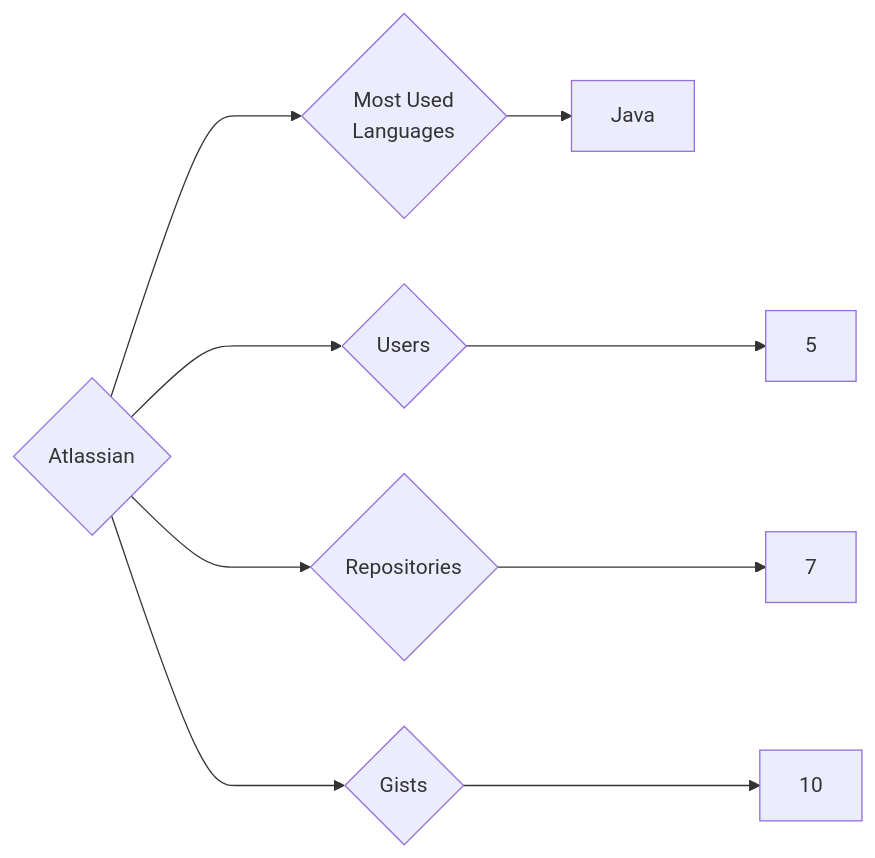
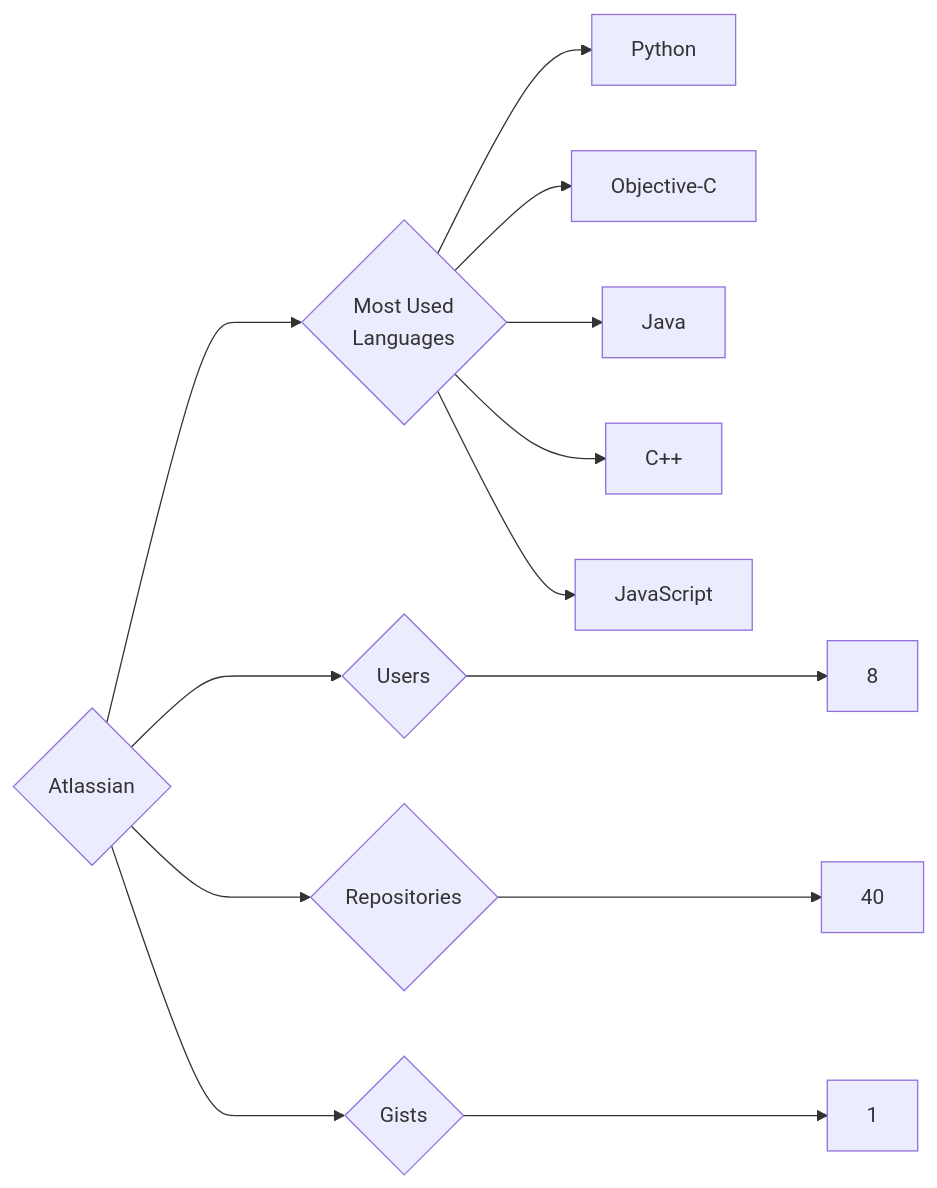
The diagram in targets/Atlassian/README.md (trickest/insiders), drawn with Mermaid before and after one commit. The commit also changed 985 other files, not shown here.

````diff
--- a/targets/Atlassian/README.md
+++ b/targets/Atlassian/README.md
@@ -3,9 +3,13 @@
 ```mermaid
 graph LR
 COMPANY_NAME{Atlassian}
-COMPANY_NAME ---> U{Users} ---> UN[5]
-COMPANY_NAME ---> R{Repositories} ---> RN[7]
-COMPANY_NAME ---> G{Gists} ---> GN[10]
+COMPANY_NAME ---> U{Users} ---> UN[8]
+COMPANY_NAME ---> R{Repositories} ---> RN[40]
+COMPANY_NAME ---> G{Gists} ---> GN[1]
 COMPANY_NAME ---> ML{Most Used<br>Languages}
+ML --> Python[Python]
+ML --> Objective-C[Objective-C]
 ML --> Java[Java]
+ML --> C++[C++]
+ML --> JavaScript[JavaScript]
 ```
````
